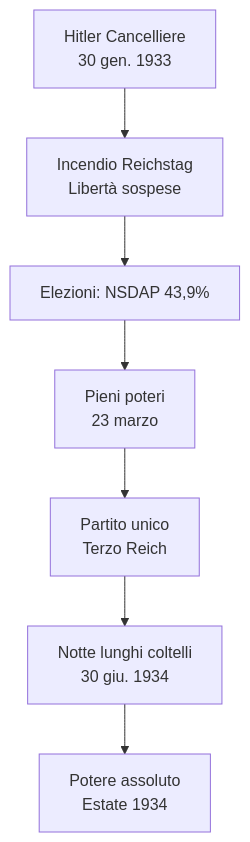
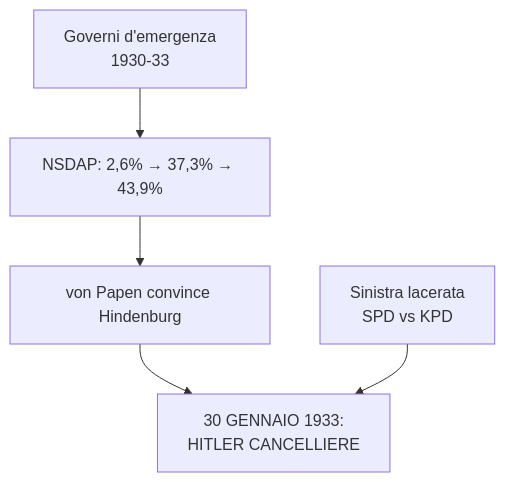
Before and after one commit to riccardo-algorime/appunti-5Bsa: the second of 6 diagrams in storia/materiale/studio/capitolo_3.11_studio_riassunto.md, drawn with Mermaid. The commit also changed other lines of this file and 5 other files, not shown here.

````diff
--- a/storia/materiale/studio/capitolo_3.11_studio_riassunto.md
+++ b/storia/materiale/studio/capitolo_3.11_studio_riassunto.md
@@ -83,9 +67,7 @@
 ```mermaid
 flowchart TD
-    A[Hitler Cancelliere<br/>30 gen. 1933] --> B[Incendio Reichstag<br/>Libertà sospese]
-    B --> C[Elezioni: NSDAP 43,9%]
-    C --> D[Pieni poteri<br/>23 marzo]
-    D --> E[Partito unico<br/>Terzo Reich]
-    E --> F[Notte lunghi coltelli<br/>30 giu. 1934]
-    F --> G[Potere assoluto<br/>Estate 1934]
+    A[Governi d'emergenza<br/>1930-33] --> B[NSDAP: 2,6% → 37,3% → 43,9%]
+    B --> C[von Papen convince Hindenburg]
+    C --> D[30 GENNAIO 1933:<br/>HITLER CANCELLIERE]
+    E[Sinistra lacerata<br/>SPD vs KPD] --> D
 ```
````
